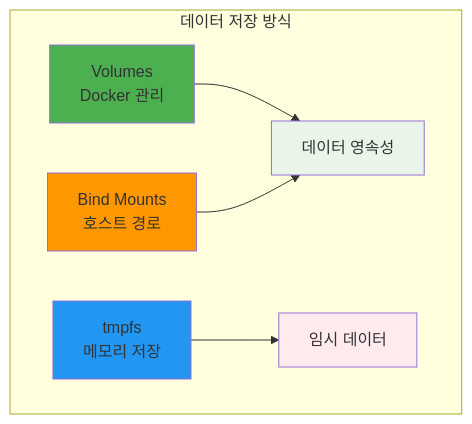
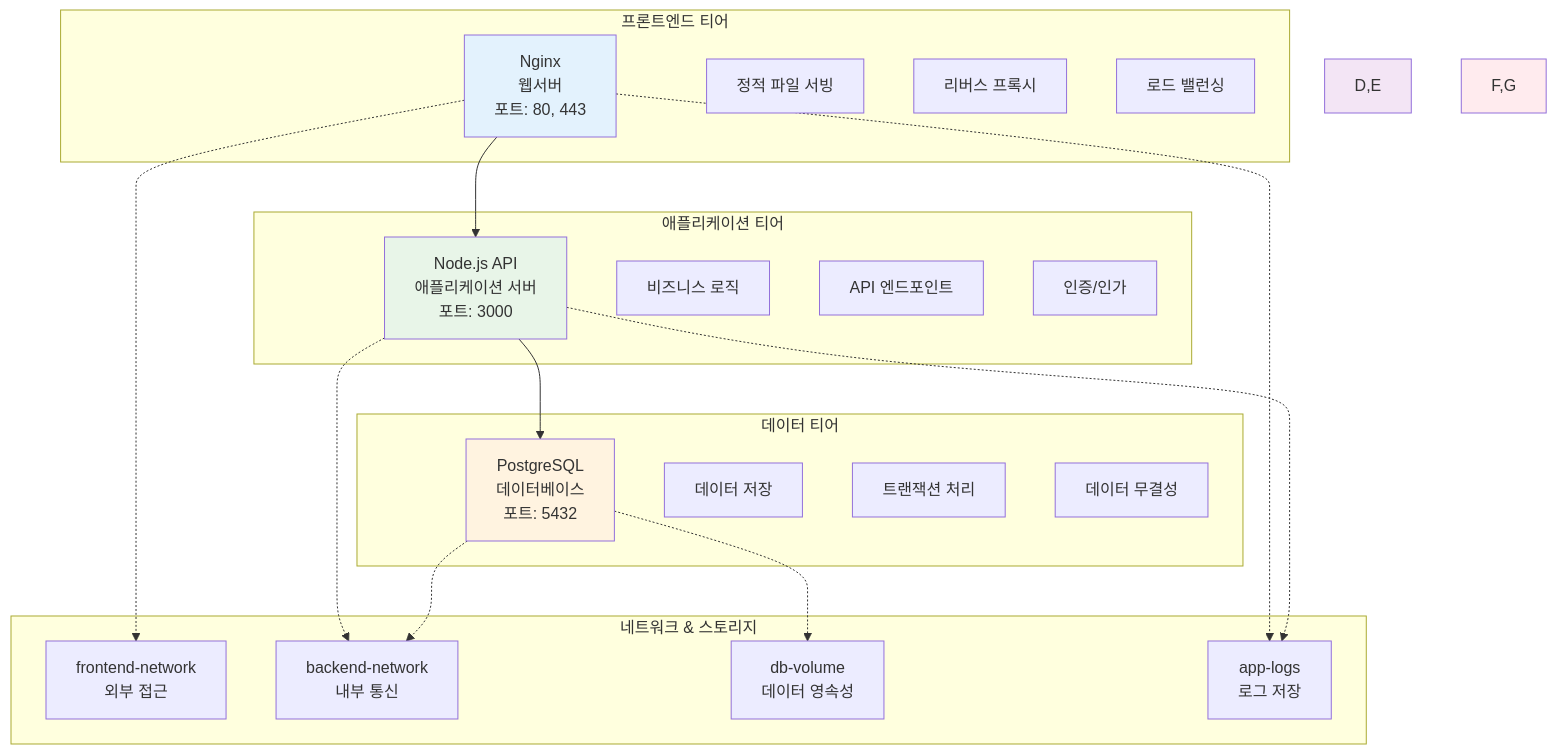
One commit to niceguy61/kdt_devops_lecture_2025 changed the fifth of 5 diagrams in theory/week_01/day3/session_3.md. Above: the diagram before and after it, drawn with Mermaid. The commit also changed other lines of this file and 1 other file, not shown here.

````diff
--- a/theory/week_01/day3/session_3.md
+++ b/theory/week_01/day3/session_3.md
@@ -104,14 +205,45 @@
 ```mermaid
 graph TB
-    subgraph "데이터 저장 방식"
-        A[Volumes<br/>Docker 관리] --> D[데이터 영속성]
-        B[Bind Mounts<br/>호스트 경로] --> D
-        C[tmpfs<br/>메모리 저장] --> E[임시 데이터]
+    subgraph "프론트엔드 티어"
+        A[Nginx<br/>웹서버<br/>포트: 80, 443]
+        A1[정적 파일 서빙]
+        A2[리버스 프록시]
+        A3[로드 밸런싱]
     end
     
-    style A fill:#4caf50
-    style B fill:#ff9800
-    style C fill:#2196f3
-    style D fill:#e8f5e8
-    style E fill:#ffebee
+    subgraph "애플리케이션 티어"
+        B[Node.js API<br/>애플리케이션 서버<br/>포트: 3000]
+        B1[비즈니스 로직]
+        B2[API 엔드포인트]
+        B3[인증/인가]
+    end
+    
+    subgraph "데이터 티어"
+        C[PostgreSQL<br/>데이터베이스<br/>포트: 5432]
+        C1[데이터 저장]
+        C2[트랜잭션 처리]
+        C3[데이터 무결성]
+    end
+    
+    subgraph "네트워크 & 스토리지"
+        D[frontend-network<br/>외부 접근]
+        E[backend-network<br/>내부 통신]
+        F[db-volume<br/>데이터 영속성]
+        G[app-logs<br/>로그 저장]
+    end
+    
+    A --> B
+    B --> C
+    A -.-> D
+    B -.-> E
+    C -.-> E
+    C -.-> F
+    A -.-> G
+    B -.-> G
+    
+    style A fill:#e3f2fd
+    style B fill:#e8f5e8
+    style C fill:#fff3e0
+    style D,E fill:#f3e5f5
+    style F,G fill:#ffebee
 ```
````
